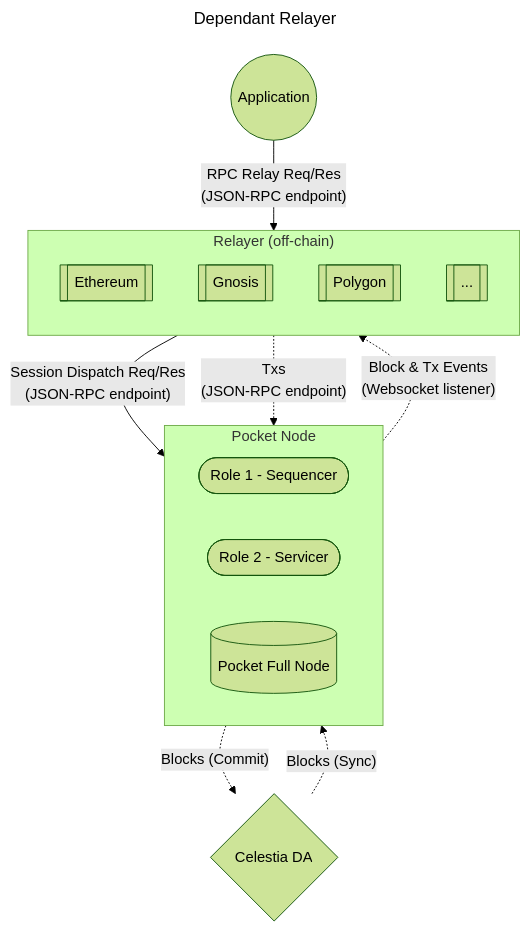
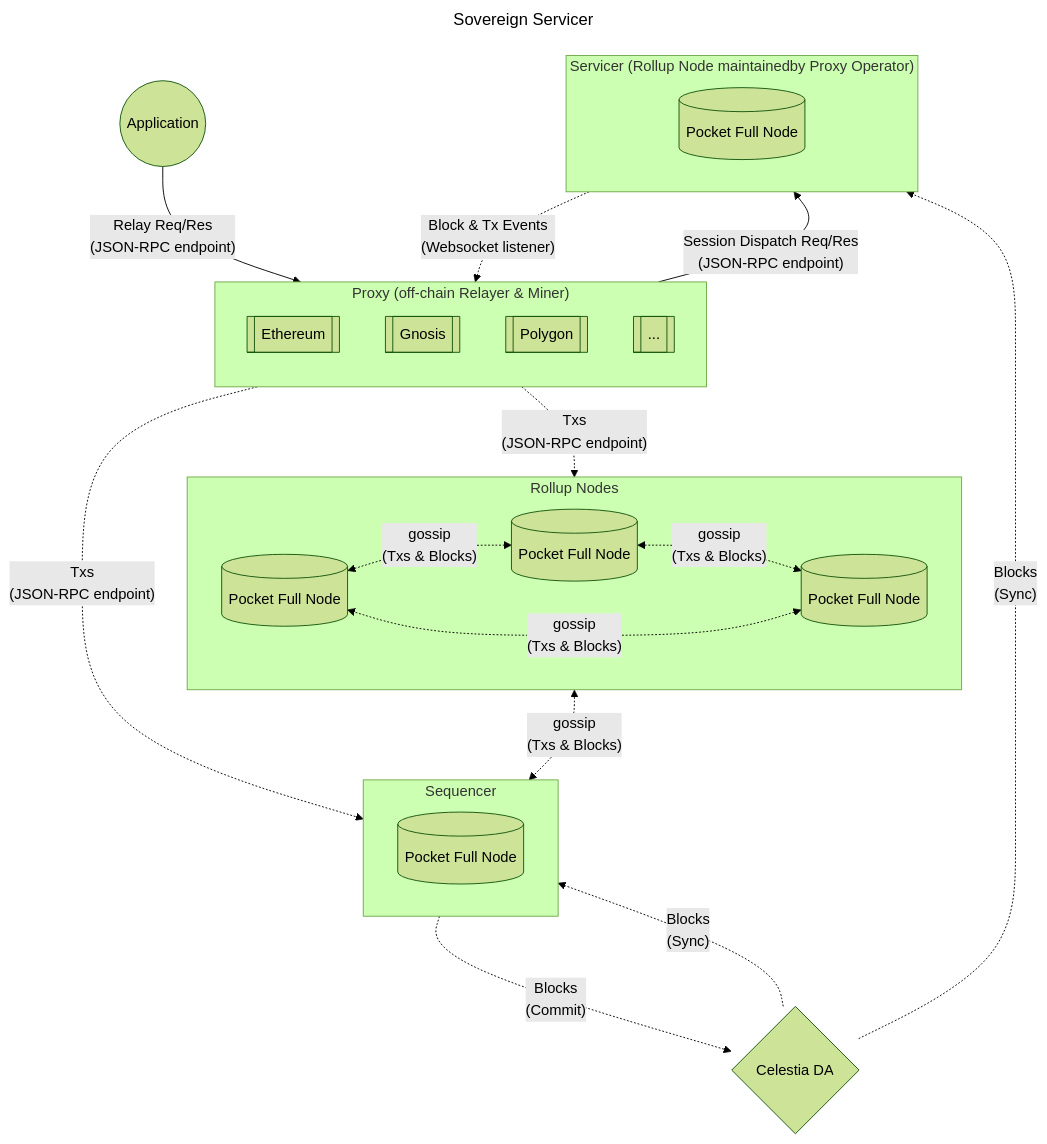
The second of 2 diagrams in docs/nodes.md (pokt-network/poktroll-alpha), drawn with Mermaid (forest theme) before and after one commit. The commit also changed other lines of this file, not shown here.

Commit message:
Updated the diagrams

````diff
--- a/docs/nodes.md
+++ b/docs/nodes.md
@@ -66,27 +66,38 @@
 ```mermaid
 ---
-title: Dependant Relayer
+title: Sovereign Servicer
 ---
 flowchart TB
     a(("Application"))
-    subgraph p["Pocket Node"]
-        direction LR
-        rs([Role 1 - Sequencer])
-        rv([Role 2 - Servicer])
+    subgraph prln["Rollup Nodes"]
+        pfn1[("Pocket Full Node")]
+        pfn2[("Pocket Full Node")]
+        pfn3[("Pocket Full Node")]
+        pfn1 <-. gossip \n (Txs & Blocks) .-> pfn2
+        pfn2 <-. gossip \n (Txs & Blocks) .-> pfn3
+        pfn3 <-. gossip \n (Txs & Blocks) .-> pfn1
+    end
+    subgraph ps["Sequencer"]
         pl1[("Pocket Full Node")]
     end
-    subgraph r["Relayer (off-chain)"]
+    subgraph r["Proxy (off-chain Relayer & Miner)"]
         direction TB
         eth[["Ethereum"]]
         gn[["Gnosis"]]
         pg[["Polygon"]]
         etc[["..."]]
     end
+    subgraph s["Servicer (Rollup Node maintainedby Proxy Operator) "]
+        pl2[("Pocket Full Node")]
+    end
     c{"Celestia DA"}
-    a -- RPC Relay Req/Res \n (JSON-RPC endpoint) --> r
-    p -. Block & Tx Events \n (Websocket listener).-> r
-    r -- Session Dispatch Req/Res \n (JSON-RPC endpoint)--> p
-    r -. Txs \n (JSON-RPC endpoint).-> p
-    p -. Blocks (Commit) .->c
-    c -. Blocks (Sync) .-> p
+    a -- Relay Req/Res \n (JSON-RPC endpoint) --> r
+    s -. Block & Tx Events \n (Websocket listener).-> r
+    r -- Session Dispatch Req/Res \n (JSON-RPC endpoint)--> s
+    r -. Txs \n (JSON-RPC endpoint).-> prln
+    r -. Txs \n (JSON-RPC endpoint).-> ps
+    prln <-. gossip \n (Txs & Blocks) .-> ps
+    ps -. Blocks\n(Commit) .->c
+    c -. Blocks\n(Sync) .-> ps
+    c -. Blocks\n(Sync).-> s
 ```
````
